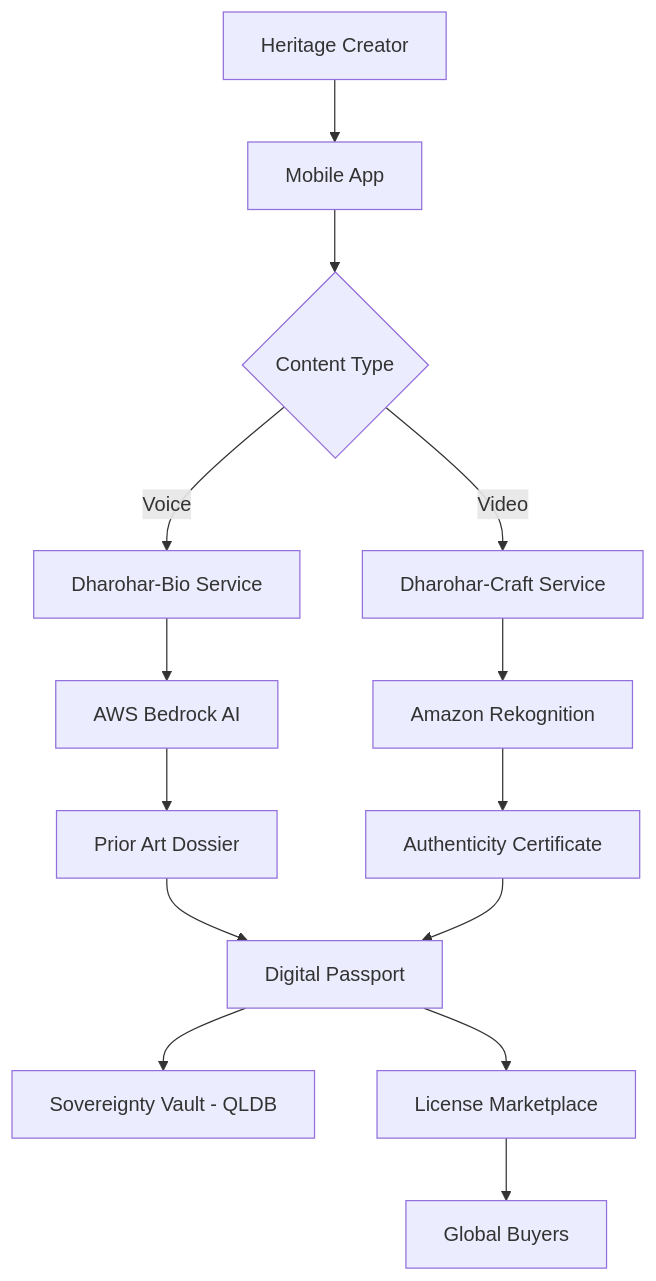
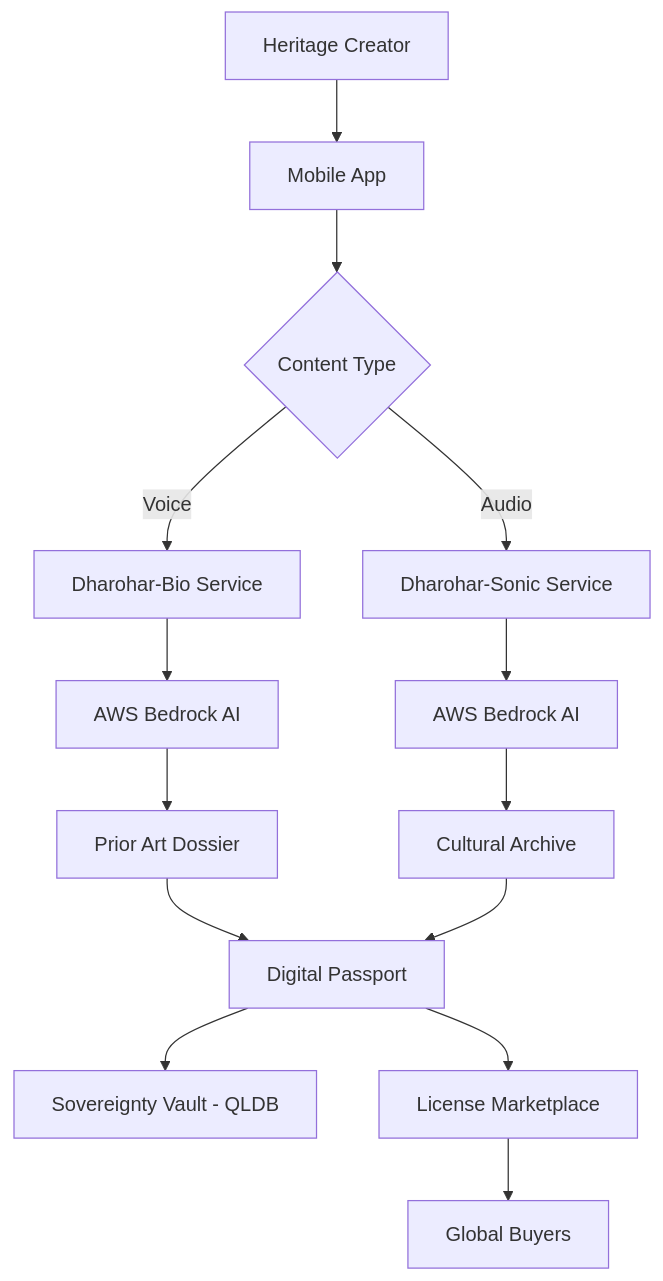
One commit to adityatiwari12/Dharohar-MVP changed the diagram in README.md. Above: the diagram before and after it, drawn with Mermaid. The commit also changed other lines of this file and 7 other files, not shown here.

First line of the commit message:
refactor: Remove Craft module, focus on Bio and Sonic modules only

````diff
--- a/README.md
+++ b/README.md
@@ -123,16 +124,16 @@
 ```mermaid
 graph TB
     A[Heritage Creator] --> B[Mobile App]
     B --> C{Content Type}
     C -->|Voice| D[Dharohar-Bio Service]
-    C -->|Video| E[Dharohar-Craft Service]
+    C -->|Audio| E[Dharohar-Sonic Service]
     D --> F[AWS Bedrock AI]
-    E --> G[Amazon Rekognition]
+    E --> G[AWS Bedrock AI]
     F --> H[Prior Art Dossier]
-    G --> I[Authenticity Certificate]
+    G --> I[Cultural Archive]
     H --> J[Digital Passport]
     I --> J
     J --> K[Sovereignty Vault - QLDB]
     J --> L[License Marketplace]
     L --> M[Global Buyers]
 ```
````
